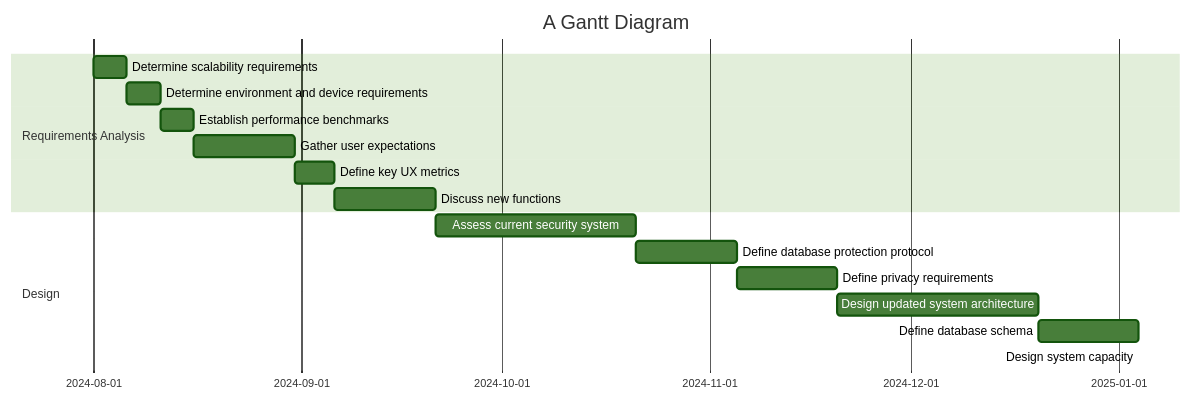
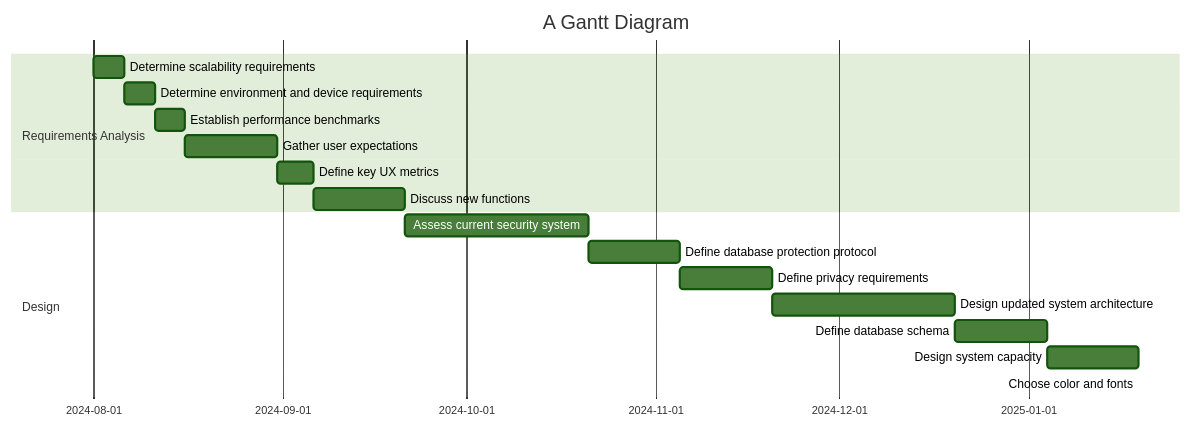
One commit to sayshelley/iodraw-files changed the diagram in all/Untitled.md. Above: the diagram before and after it, drawn with Mermaid (forest theme).

Commit message:
2024-10-04 22:41:58 update

````diff
--- a/all/Untitled.md
+++ b/all/Untitled.md
@@ -1,23 +1,24 @@
 ```mermaid
 gantt
     title A Gantt Diagram
     dateFormat  YYYY-MM-DD
     section Requirements Analysis
     Determine scalability requirements :a1, 2024-08-01, 5d
     Determine environment and device requirements :a2, after a1, 5d
     Establish performance benchmarks: a3, after a2, 5d
     Gather user expectations: a4, after a3, 15d
     Define key UX metrics : a5, after a4, 6d
     Discuss new functions: a6, after a5, 15d
     section Design
     Assess current security system:b1, after a6, 30d
     Define database protection protocol: b2, after b1, 15d
     Define privacy requirements: b3, after b2, 15d
     Design updated system architecture: b4, after b3, 30d
     Define database schema: b5, after b4, 15d
-    Design system capacity: b6, after b5, 
+    Design system capacity: b6, after b5, 15d
+    Choose color and fonts: 
     
 
 
    
 ```
````
